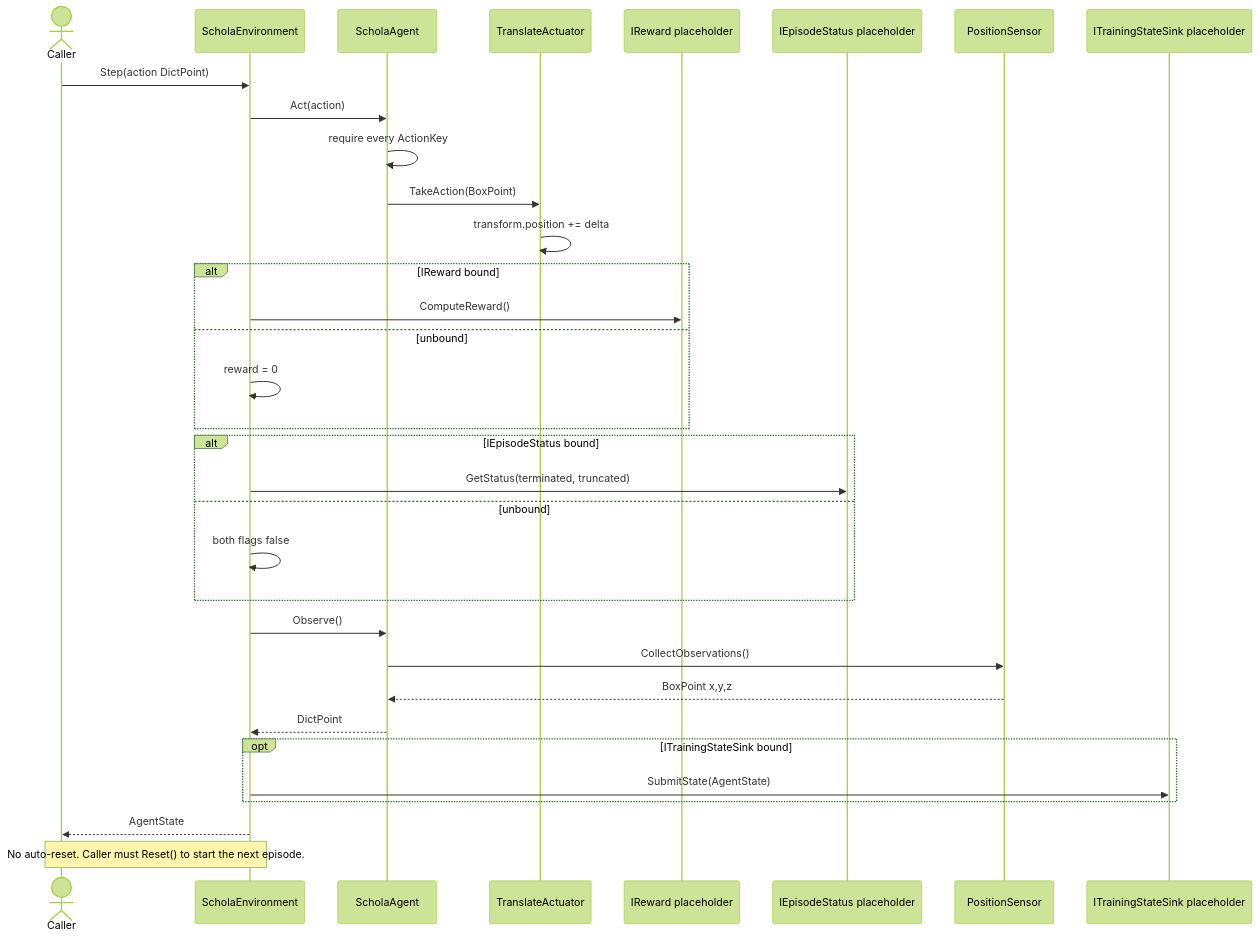
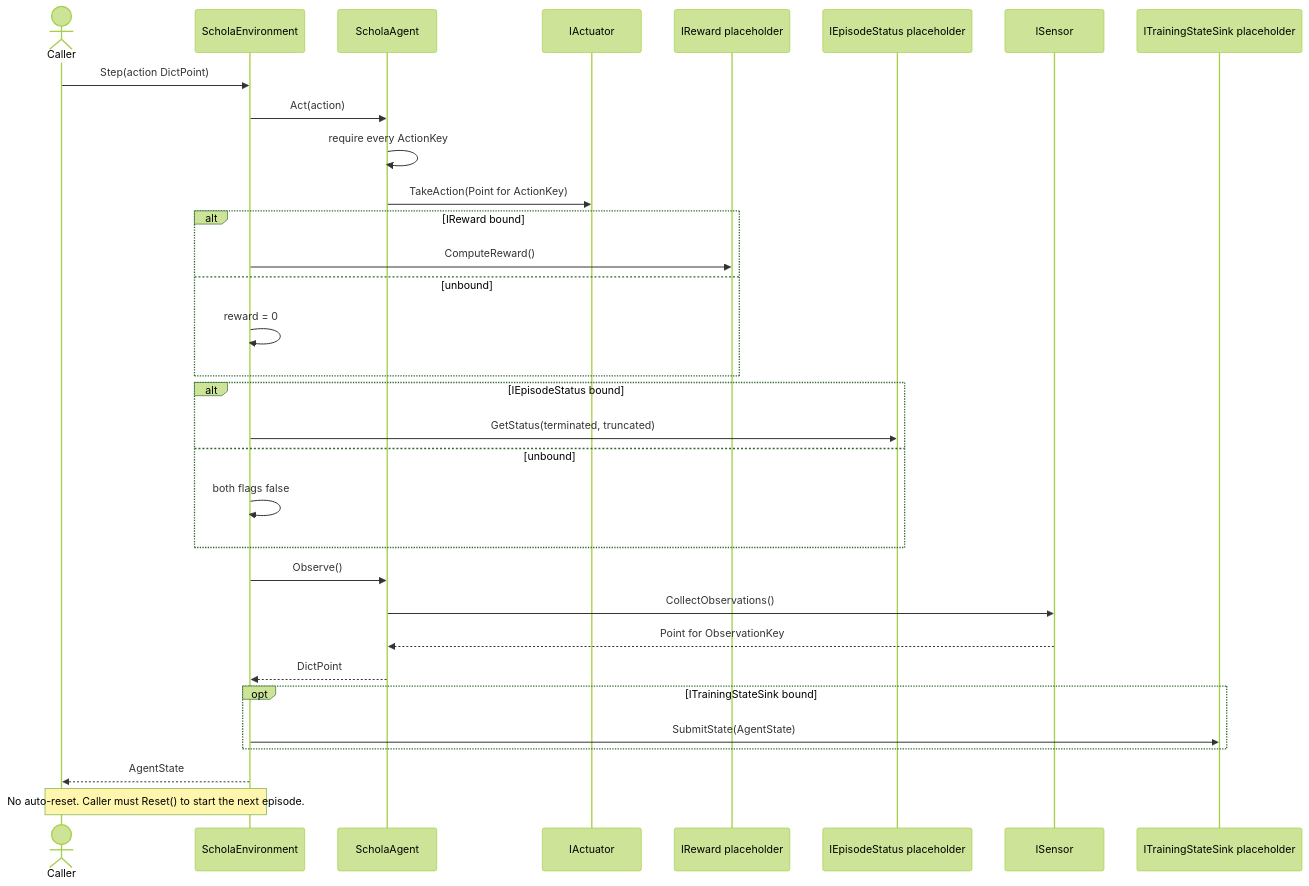
One commit to csc301-2026-f/11-AMD-Schola changed the fourth of 9 diagrams in Unity/com.amd.schola/Documentation~/architecture/us1-us4-uml.md. Above: the diagram before and after it, drawn with Mermaid (forest theme). The commit also changed other lines of this file and 18 other files, not shown here.

````diff
--- a/Unity/com.amd.schola/Documentation~/architecture/us1-us4-uml.md
+++ b/Unity/com.amd.schola/Documentation~/architecture/us1-us4-uml.md
@@ -292,41 +305,40 @@
 ```mermaid
 sequenceDiagram
   actor Caller
   participant Env as ScholaEnvironment
   participant Agent as ScholaAgent
-  participant Actuator as TranslateActuator
+  participant Actuator as IActuator
   participant Reward as IReward placeholder
   participant Status as IEpisodeStatus placeholder
-  participant Sensor as PositionSensor
+  participant Sensor as ISensor
   participant Sink as ITrainingStateSink placeholder
 
   Caller ->> Env: Step(action DictPoint)
   Env ->> Agent: Act(action)
   Agent ->> Agent: require every ActionKey
-  Agent ->> Actuator: TakeAction(BoxPoint)
-  Actuator ->> Actuator: transform.position += delta
+  Agent ->> Actuator: TakeAction(Point for ActionKey)
 
   alt IReward bound
     Env ->> Reward: ComputeReward()
   else unbound
     Env ->> Env: reward = 0
   end
 
   alt IEpisodeStatus bound
     Env ->> Status: GetStatus(terminated, truncated)
   else unbound
     Env ->> Env: both flags false
   end
 
   Env ->> Agent: Observe()
   Agent ->> Sensor: CollectObservations()
-  Sensor -->> Agent: BoxPoint x,y,z
+  Sensor -->> Agent: Point for ObservationKey
   Agent -->> Env: DictPoint
 
   opt ITrainingStateSink bound
     Env ->> Sink: SubmitState(AgentState)
   end
 
   Env -->> Caller: AgentState
   Note over Caller,Env: No auto-reset. Caller must Reset() to start the next episode.
 ```
````
